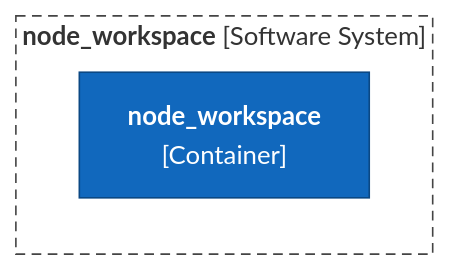
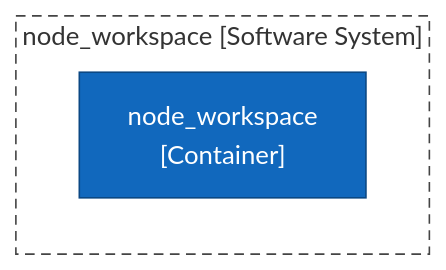
The first of 3 diagrams in tests/golden/node_workspace/output/ArchitectureReport.md (ythalorossy/architecture-skills), drawn with Mermaid before and after one commit. The commit also changed other lines of this file and 51 other files, not shown here.

First line of the commit message:
fix(render): plain diagram labels keep the characters in code names

````diff
--- a/tests/golden/node_workspace/output/ArchitectureReport.md
+++ b/tests/golden/node_workspace/output/ArchitectureReport.md
@@ -27,15 +27,14 @@
 ```mermaid
 flowchart TB
-    subgraph boundary["`**node_workspace** [Software System]`"]
-        node_workspace["`**node_workspace**
-[Container]`"]
+    subgraph boundary["node_workspace [Software System]"]
+        node_workspace["node_workspace<br/>[Container]"]
     end
     classDef person fill:#08427b,stroke:#052e56,color:#ffffff
     classDef container fill:#1168bd,stroke:#0b4884,color:#ffffff
     classDef system fill:#1168bd,stroke:#0b4884,color:#ffffff
     classDef component fill:#85bbf0,stroke:#5d82a8,color:#000000
     classDef external fill:#999999,stroke:#6b6b6b,color:#ffffff
     classDef shared fill:#dbe9f6,stroke:#5d82a8,color:#000000,stroke-dasharray:4 3
     class node_workspace container
     style boundary fill:none,stroke:#444444,stroke-dasharray:6 4
 ```
````
